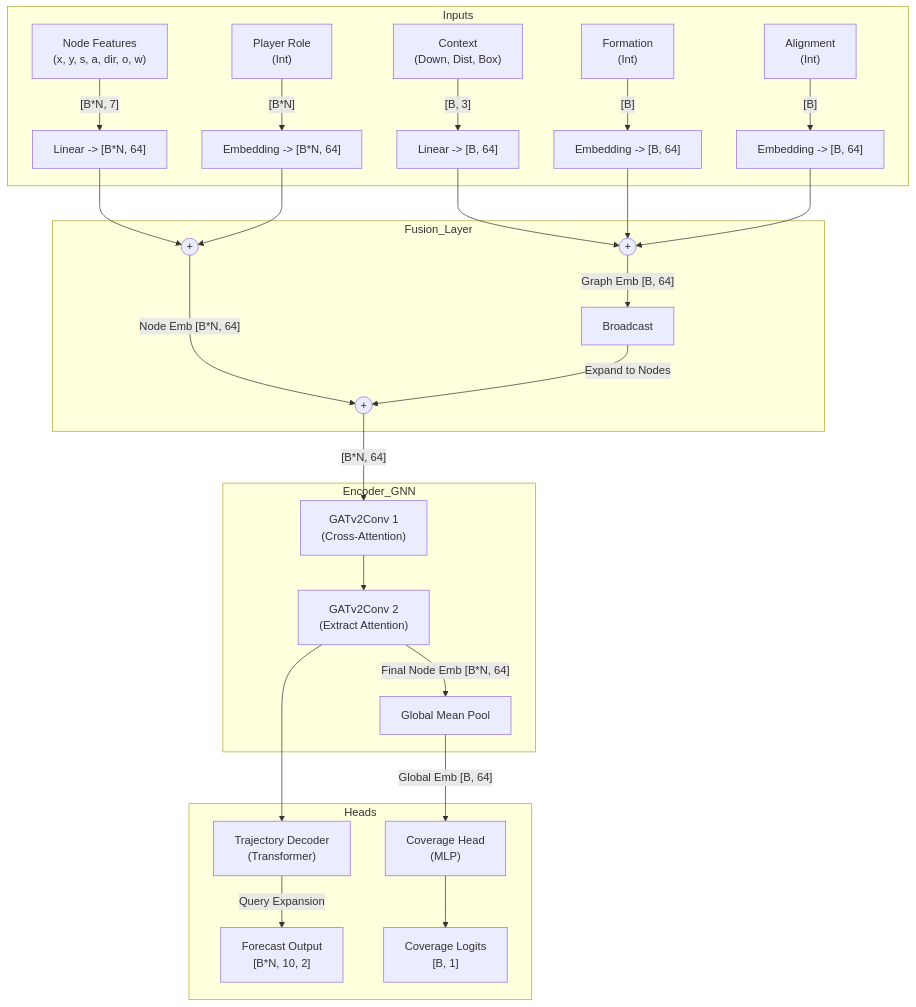
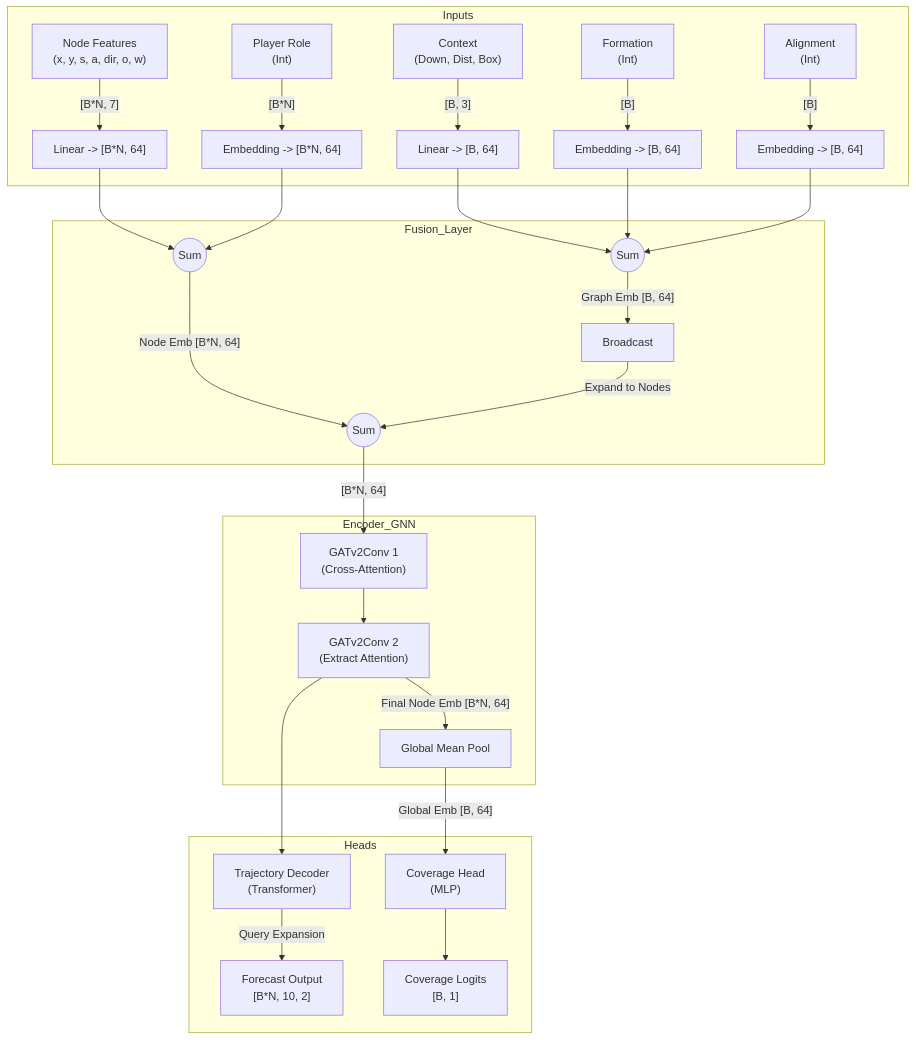
The first of 2 diagrams in docs/architecture.md (tanm-sys/NFL), drawn with Mermaid before and after one commit. The commit also changed other lines of this file, not shown here.

Commit message:
docs: update sum and total loss node labels in architecture diagram

````diff
--- a/docs/architecture.md
+++ b/docs/architecture.md
@@ -8,37 +8,37 @@
 ```mermaid
 graph TD
     subgraph Inputs
     X["Node Features<br/>(x, y, s, a, dir, o, w)"] -- "[B*N, 7]" --> EmbX["Linear -> [B*N, 64]"]
     Role["Player Role<br/>(Int)"] -- "[B*N]" --> EmbRole["Embedding -> [B*N, 64]"]
     
     Context["Context<br/>(Down, Dist, Box)"] -- "[B, 3]" --> EmbCtx["Linear -> [B, 64]"]
     Form["Formation<br/>(Int)"] -- "[B]" --> EmbForm["Embedding -> [B, 64]"]
     Align["Alignment<br/>(Int)"] -- "[B]" --> EmbAlign["Embedding -> [B, 64]"]
     end
 
     subgraph Fusion_Layer
-    EmbX --> SumNodes((+))
+    EmbX --> SumNodes(("Sum"))
     EmbRole --> SumNodes
     SumNodes -- "Node Emb [B*N, 64]" --> GNN_Input
     
-    EmbCtx --> SumCtx((+))
+    EmbCtx --> SumCtx(("Sum"))
     EmbForm --> SumCtx
     EmbAlign --> SumCtx
     SumCtx -- "Graph Emb [B, 64]" --> Broadcast
-    Broadcast -- "Expand to Nodes" --> GNN_Input((+))
+    Broadcast -- "Expand to Nodes" --> GNN_Input(("Sum"))
     end
 
     subgraph Encoder_GNN
     GNN_Input -- "[B*N, 64]" --> GAT1["GATv2Conv 1<br/>(Cross-Attention)"]
     GAT1 --> GAT2["GATv2Conv 2<br/>(Extract Attention)"]
     GAT2 -- "Final Node Emb [B*N, 64]" --> Pool[Global Mean Pool]
     end
 
     subgraph Heads
     GAT2 --> Decoder["Trajectory Decoder<br/>(Transformer)"]
     Decoder -- "Query Expansion" --> Forecast["Forecast Output<br/>[B*N, 10, 2]"]
     
     Pool -- "Global Emb [B, 64]" --> Classifier["Coverage Head<br/>(MLP)"]
     Classifier --> CovPred["Coverage Logits<br/>[B, 1]"]
     end
 ```
````
